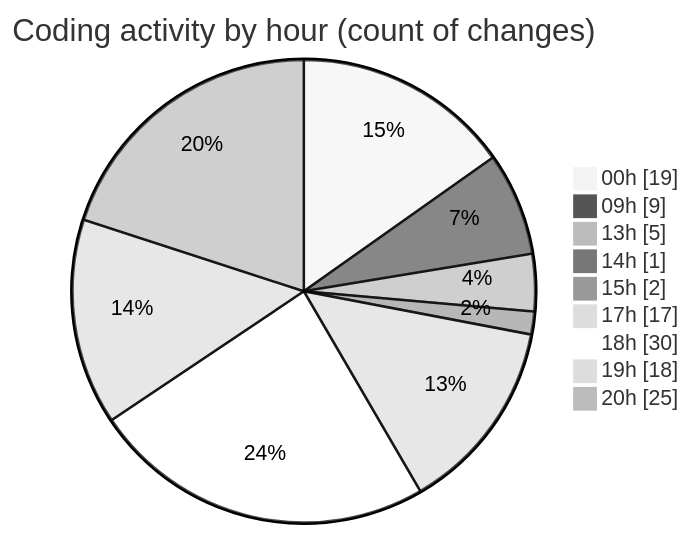
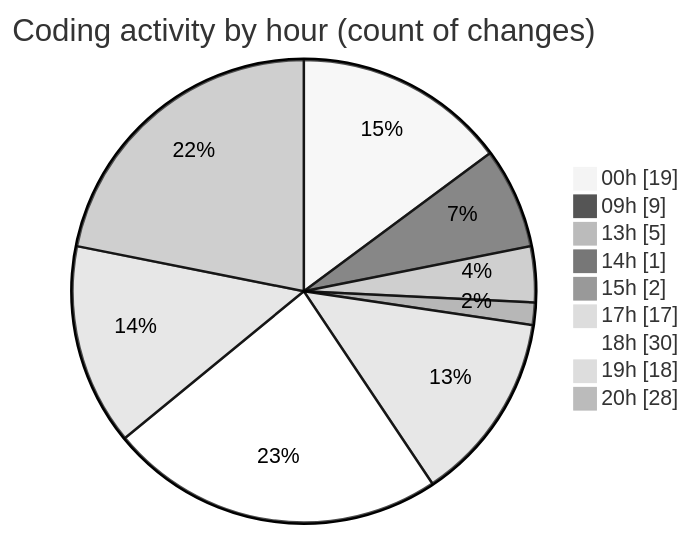
One commit to EIIisD/code-tracking changed the second of 2 diagrams in 2025-08-12/ribbon/README.md. Above: the diagram before and after it, drawn with Mermaid (neutral theme). The commit also changed other lines of this file and 1 other file, not shown here.

````diff
--- a/2025-08-12/ribbon/README.md
+++ b/2025-08-12/ribbon/README.md
@@ -52,13 +53,13 @@
 ```mermaid
 pie showData
 title Coding activity by hour (count of changes)
 "00h" : 19
 "09h" : 9
 "13h" : 5
 "14h" : 1
 "15h" : 2
 "17h" : 17
 "18h" : 30
 "19h" : 18
-"20h" : 25
+"20h" : 28
 ```
````
